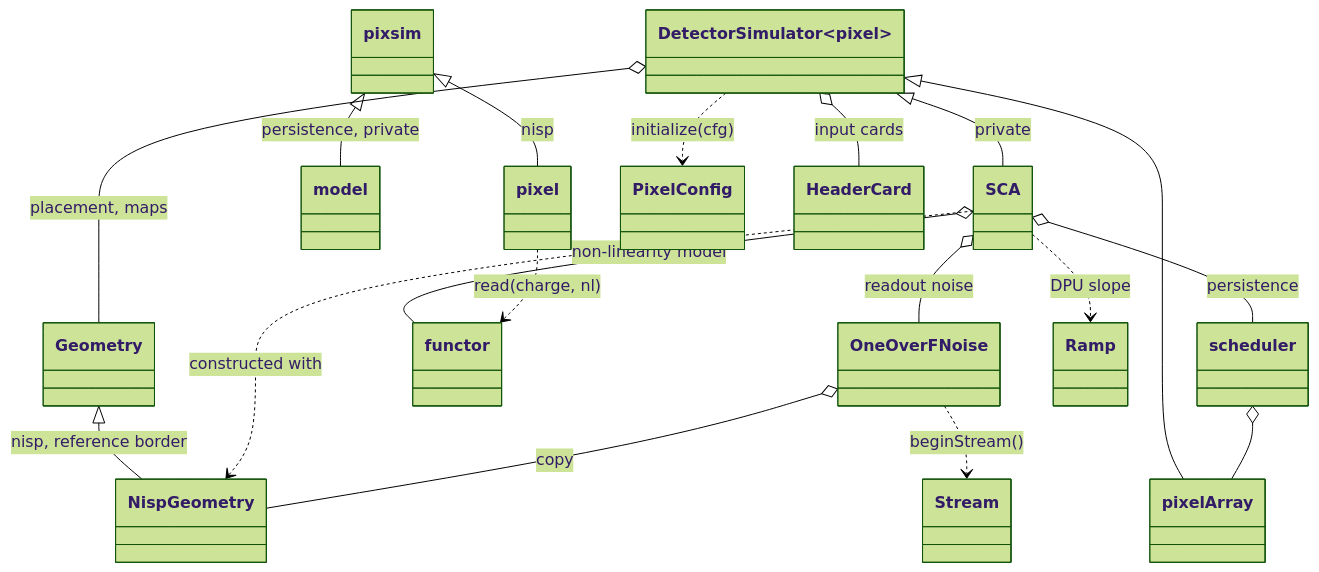
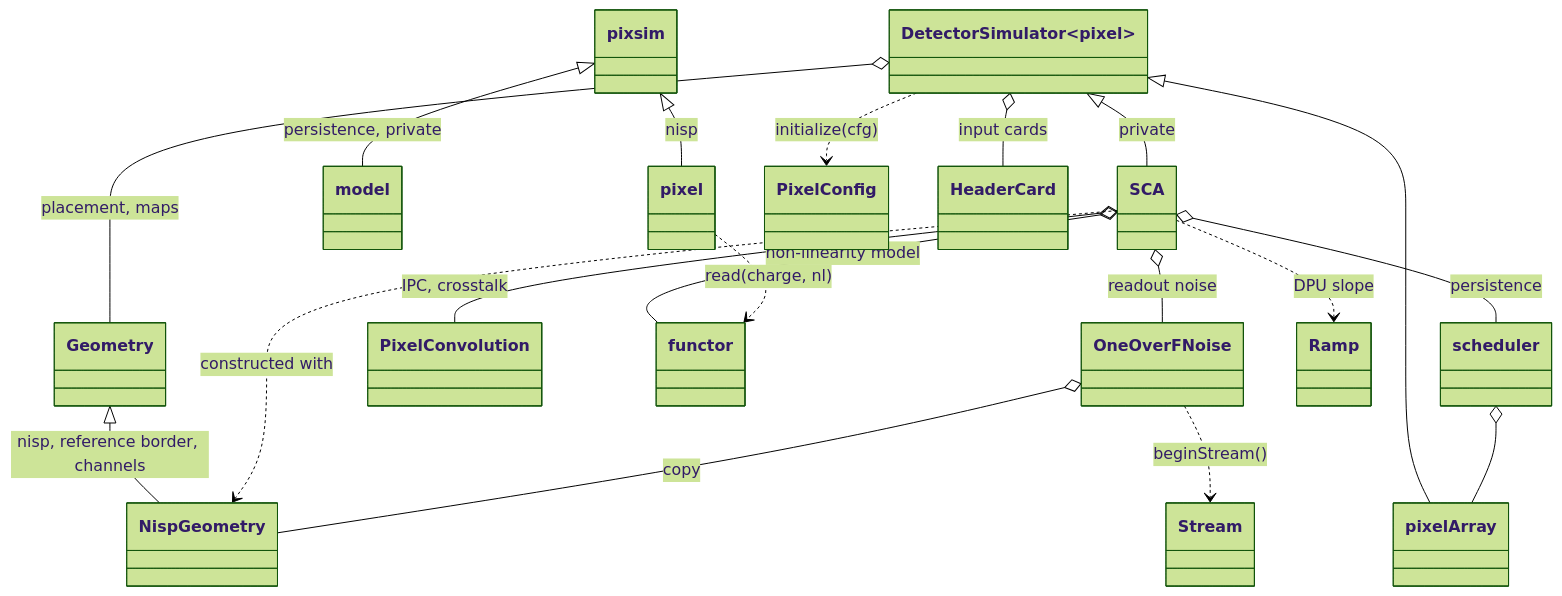
Before and after one commit to Pulsar2011/phot2pix: the first of 4 diagrams in wiki/NISP-example.md, drawn with Mermaid (forest theme). The commit also changed other lines of this file and 28 other files, not shown here.

````diff
--- a/wiki/NISP-example.md
+++ b/wiki/NISP-example.md
@@ -39,20 +41,21 @@
 ```mermaid
 classDiagram
     pixsim <|-- pixel : nisp
     pixsim <|-- model : persistence, private
-    Geometry <|-- NispGeometry : nisp, reference border
+    Geometry <|-- NispGeometry : nisp, reference border, channels
     DetectorSimulator~pixel~ <|-- SCA : private
     DetectorSimulator~model~ <|-- pixelArray
     DetectorSimulator o-- Geometry : placement, maps
     DetectorSimulator ..> PixelConfig : initialize(cfg)
     DetectorSimulator o-- HeaderCard : input cards
     SCA ..> NispGeometry : constructed with
     SCA o-- OneOverFNoise : readout noise
     OneOverFNoise o-- NispGeometry : copy
     OneOverFNoise ..> Stream : beginStream()
+    SCA o-- PixelConvolution : IPC, crosstalk
     SCA o-- functor : non-linearity model
     pixel ..> functor : read(charge, nl)
     SCA o-- scheduler : persistence
     scheduler o-- pixelArray
     SCA ..> Ramp : DPU slope
 ```
````
